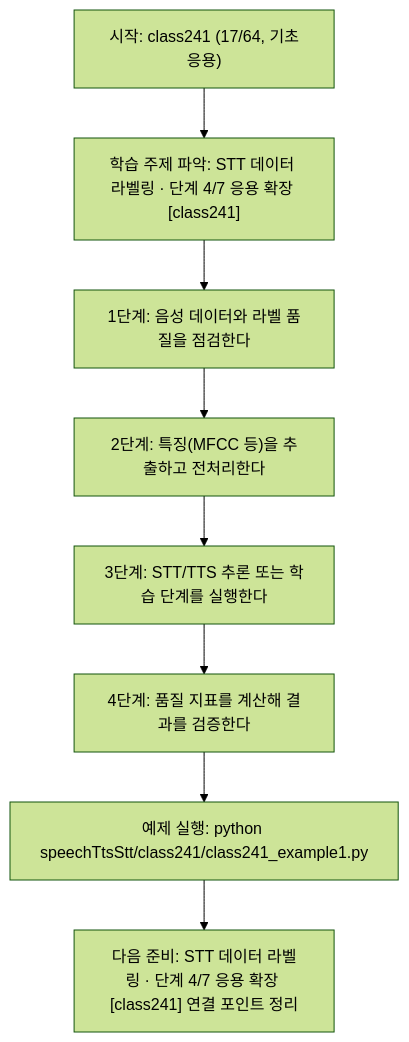
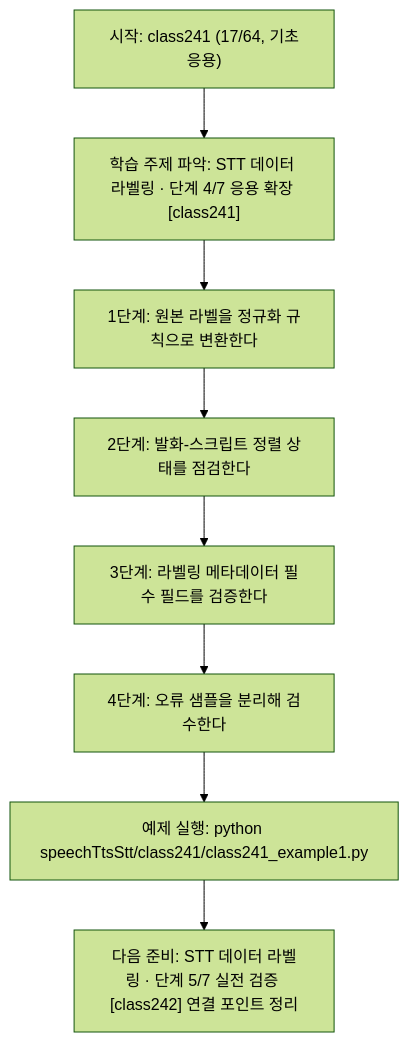
Before and after one commit to edumgt/Python-AI_Agent-Class: the diagram in speechTtsStt/class241/class241.md, drawn with Mermaid (forest theme). The commit also changed other lines of this file and 1122 other files, not shown here.

````diff
--- a/speechTtsStt/class241/class241.md
+++ b/speechTtsStt/class241/class241.md
@@ -114,18 +95,18 @@
 ```mermaid
 flowchart TD
 N1["시작: class241 (17/64, 기초응용)"]
 N2["학습 주제 파악: STT 데이터 라벨링 · 단계 4/7 응용 확장 [class241]"]
-N3["1단계: 음성 데이터와 라벨 품질을 점검한다"]
-N4["2단계: 특징(MFCC 등)을 추출하고 전처리한다"]
-N5["3단계: STT/TTS 추론 또는 학습 단계를 실행한다"]
-N6["4단계: 품질 지표를 계산해 결과를 검증한다"]
+N3["1단계: 원본 라벨을 정규화 규칙으로 변환한다"]
+N4["2단계: 발화-스크립트 정렬 상태를 점검한다"]
+N5["3단계: 라벨링 메타데이터 필수 필드를 검증한다"]
+N6["4단계: 오류 샘플을 분리해 검수한다"]
 N7["예제 실행: python speechTtsStt/class241/class241_example1.py"]
-N8["다음 준비: STT 데이터 라벨링 · 단계 4/7 응용 확장 [class241] 연결 포인트 정리"]
+N8["다음 준비: STT 데이터 라벨링 · 단계 5/7 실전 검증 [class242] 연결 포인트 정리"]
 N1 --> N2
 N2 --> N3
 N3 --> N4
 N4 --> N5
 N5 --> N6
 N6 --> N7
 N7 --> N8
 ```
````
